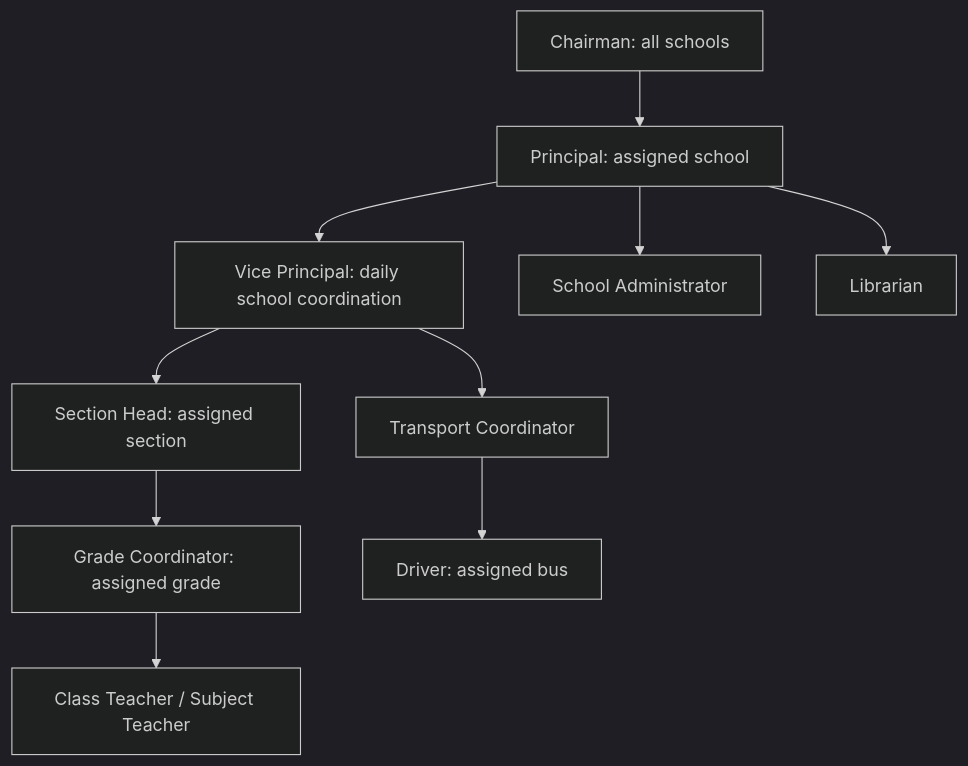
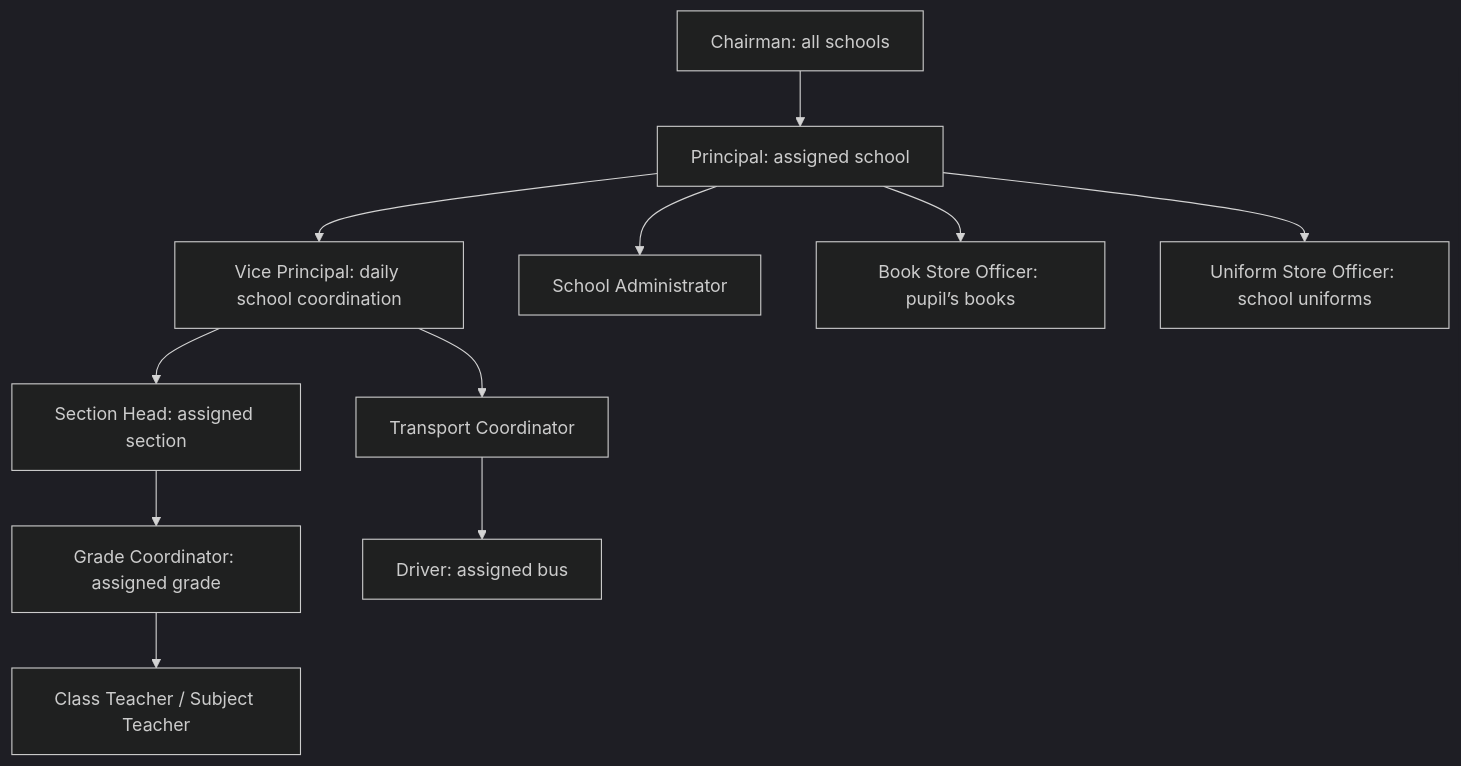
Before and after one commit to Tradex-Innovations/Sussex-LMS: the diagram in ROLE_FEATURES_ACCESS.md, drawn with Mermaid (dark theme). The commit also changed other lines of this file and 13 other files, not shown here.

````diff
--- a/ROLE_FEATURES_ACCESS.md
+++ b/ROLE_FEATURES_ACCESS.md
@@ -51,12 +52,13 @@
 ```mermaid
 flowchart TD
   C[Chairman: all schools] --> P[Principal: assigned school]
   P --> V[Vice Principal: daily school coordination]
   V --> S[Section Head: assigned section]
   S --> G[Grade Coordinator: assigned grade]
   G --> T[Class Teacher / Subject Teacher]
   P --> A[School Administrator]
   V --> B[Transport Coordinator]
   B --> D[Driver: assigned bus]
-  P --> L[Librarian]
+  P --> L[Book Store Officer: pupil’s books]
+  P --> U[Uniform Store Officer: school uniforms]
 ```
````
